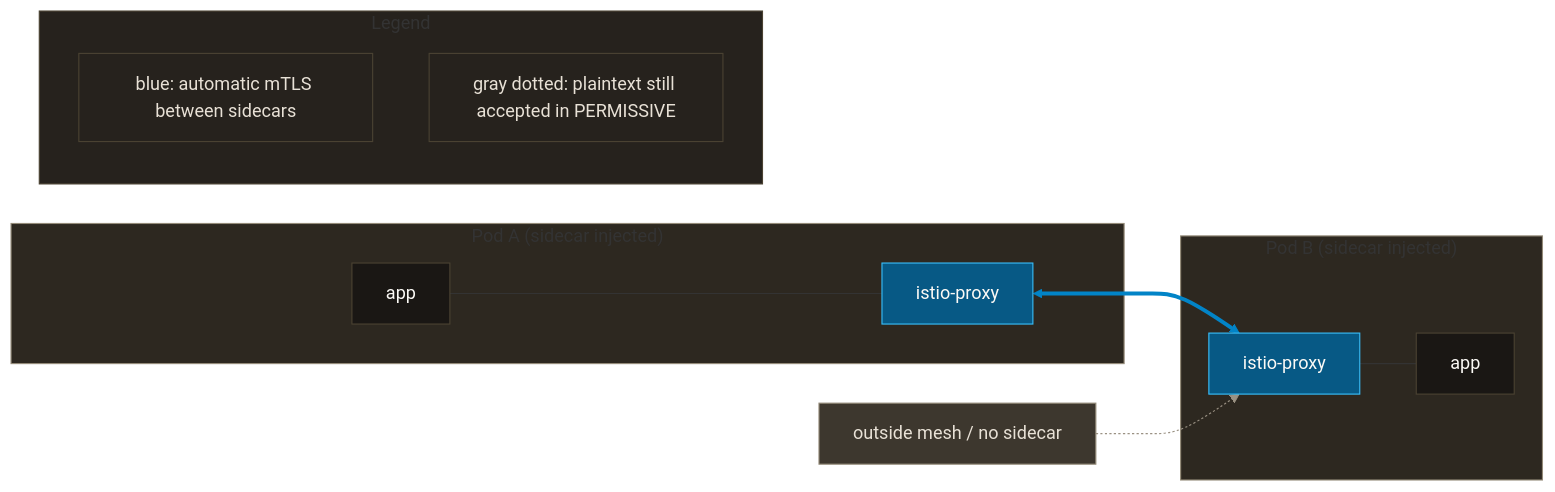
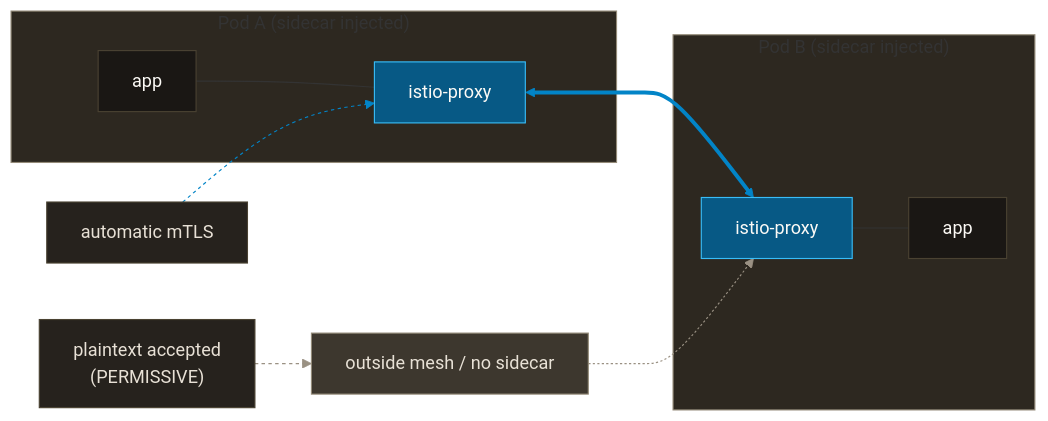
The third of 3 diagrams in kubernetes/network/README.md (yu-min3/kensan-lab), drawn with Mermaid before and after one commit. The commit also changed other lines of this file, not shown here.

Commit message:
docs: Network図のラベル配置を調整

````diff
--- a/kubernetes/network/README.md
+++ b/kubernetes/network/README.md
@@ -97,33 +98,34 @@
 ```mermaid
 %%{init: {"flowchart": {"htmlLabels": false}} }%%
 flowchart LR
     subgraph P1["Pod A (sidecar injected)"]
         App1[app] --- SC1[istio-proxy]
     end
     subgraph P2["Pod B (sidecar injected)"]
         SC2[istio-proxy] --- App2[app]
     end
     Out["outside mesh / no sidecar"]
 
     SC1 <==> SC2
     Out -.-> SC2
 
-    subgraph Key["Legend"]
-        MT["blue: automatic mTLS between sidecars"]
-        PT["gray dotted: plaintext still accepted in PERMISSIVE"]
-    end
+    MT["automatic mTLS"]
+    PT["plaintext accepted<br/>(PERMISSIVE)"]
+    MT -.-> SC1
+    PT -.-> Out
 
     style P1 fill:#2D2820,stroke:#948B79,color:#FCFAF6
     style P2 fill:#2D2820,stroke:#948B79,color:#FCFAF6
-    style Key fill:#26221D,stroke:#4A4232,color:#FCFAF6
     classDef app fill:#1A1714,stroke:#4A4232,color:#FCFAF6
     classDef proxy fill:#075985,stroke:#38BDF8,color:#FCFAF6
     classDef plain fill:#3D372E,stroke:#948B79,color:#E8E1D6
     classDef note fill:#26221D,stroke:#4A4232,color:#E8E1D6
     class App1,App2 app
     class SC1,SC2 proxy
     class Out plain
     class MT,PT note
     linkStyle 2 stroke:#0284C7,color:#0284C7
     linkStyle 3 stroke:#9A9183,color:#9A9183
+    linkStyle 4 stroke:#0284C7,stroke-dasharray:3 3,color:#0284C7
+    linkStyle 5 stroke:#9A9183,stroke-dasharray:3 3,color:#9A9183
 ```
````
